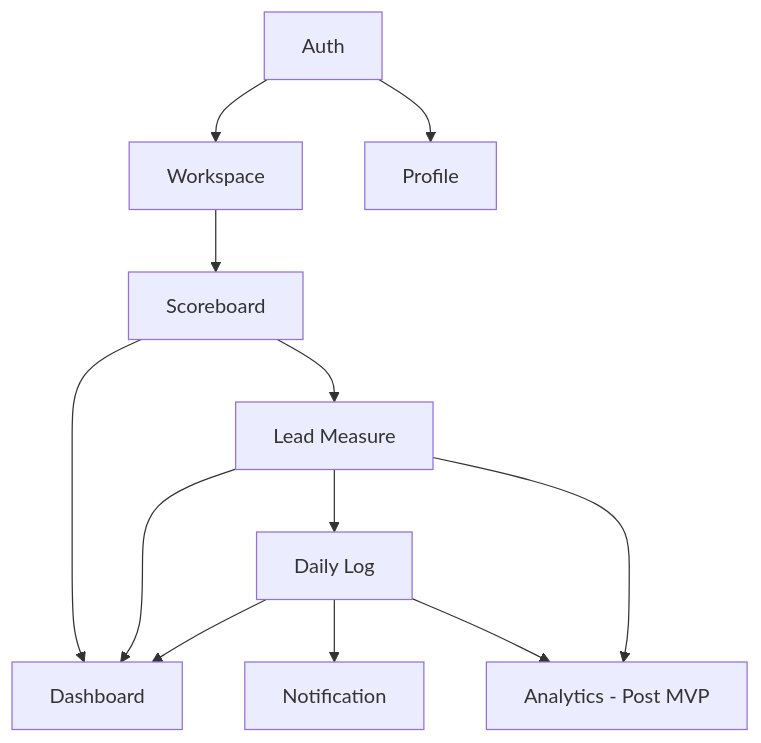
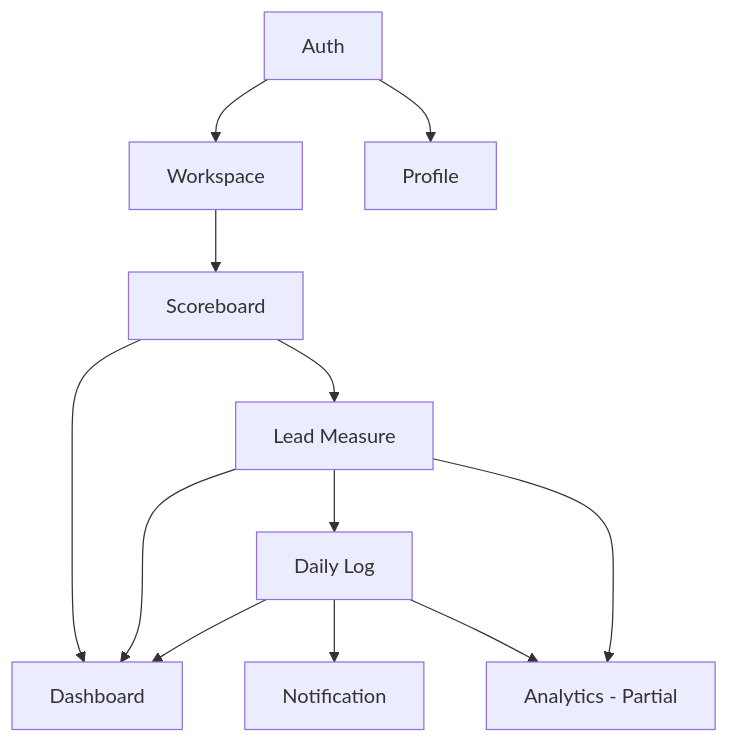
The diagram in docs/dev/common/2026.03.12-domain-overview.md (ixio0330/wig), drawn with Mermaid before and after one commit. The commit also changed other lines of this file and 20 other files, not shown here.

````diff
--- a/docs/dev/common/2026.03.12-domain-overview.md
+++ b/docs/dev/common/2026.03.12-domain-overview.md
@@ -136,14 +136,14 @@
 ```mermaid
 graph TD
     A[Auth] --> B[Workspace]
     A --> G[Profile]
     B --> C[Scoreboard]
     C --> D[Lead Measure]
     D --> E[Daily Log]
     C --> F[Dashboard]
     D --> F
     E --> F
     E --> H[Notification]
-    E --> I[Analytics - Post MVP]
+    E --> I[Analytics - Partial]
     D --> I
 ```
````
